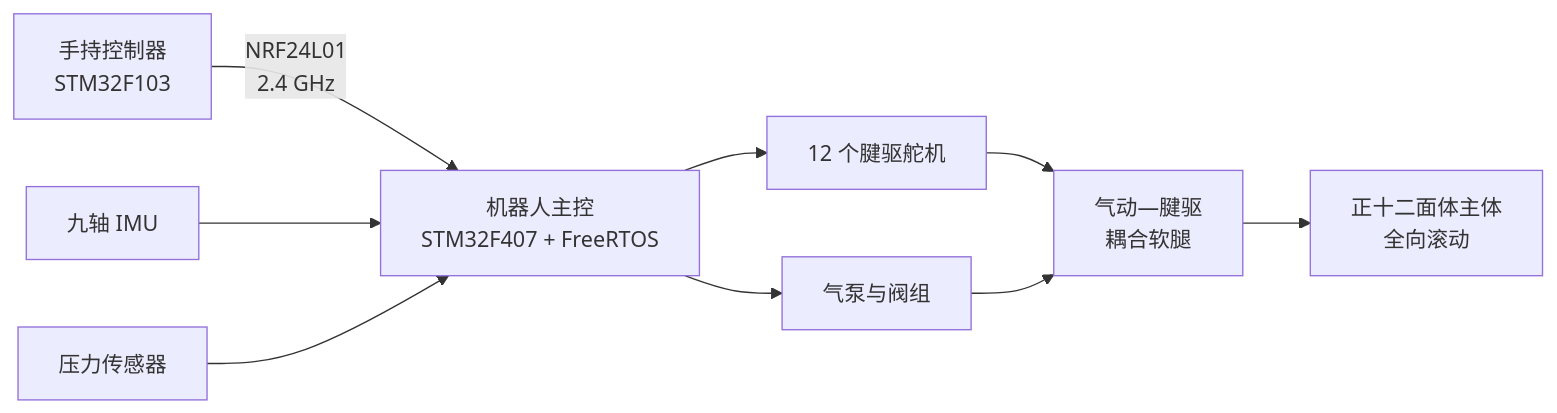
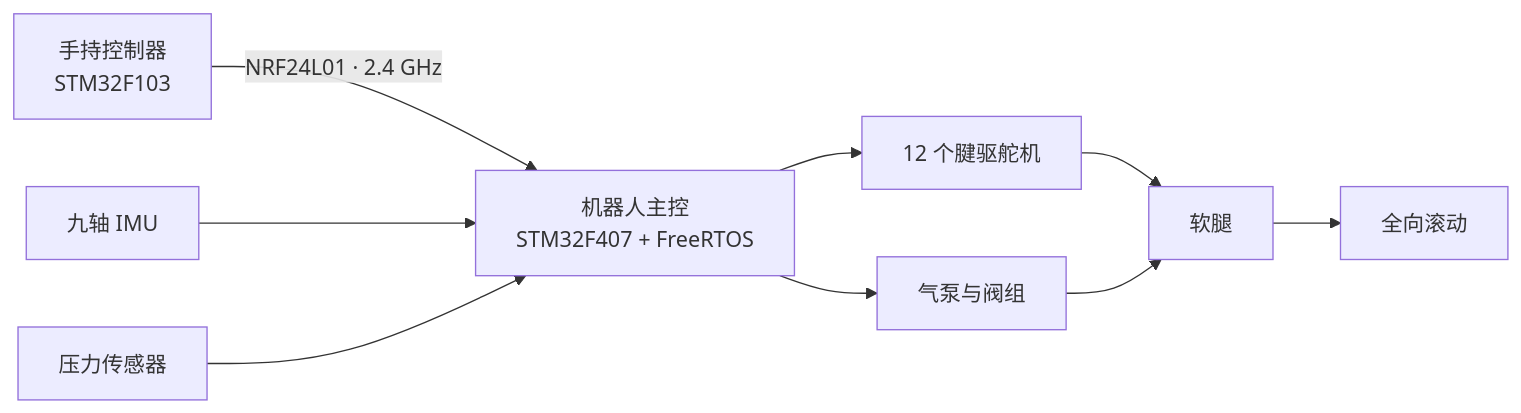
One commit to Yufeng1216/Rolling_Robot changed the diagram in README.zh-CN.md. Above: the diagram before and after it, drawn with Mermaid. The commit also changed other lines of this file and 1703 other files, not shown here.

````diff
--- a/README.zh-CN.md
+++ b/README.zh-CN.md
@@ -28,11 +47,11 @@
 ```mermaid
 flowchart LR
-    C[手持控制器<br/>STM32F103] -->|NRF24L01<br/>2.4 GHz| R[机器人主控<br/>STM32F407 + FreeRTOS]
+    C[手持控制器<br/>STM32F103] -->|NRF24L01 · 2.4 GHz| R[机器人主控<br/>STM32F407 + FreeRTOS]
     I[九轴 IMU] --> R
     P[压力传感器] --> R
     R --> S[12 个腱驱舵机]
     R --> A[气泵与阀组]
-    S --> L[气动—腱驱<br/>耦合软腿]
+    S --> L[软腿]
     A --> L
-    L --> M[正十二面体主体<br/>全向滚动]
+    L --> M[全向滚动]
 ```
````
